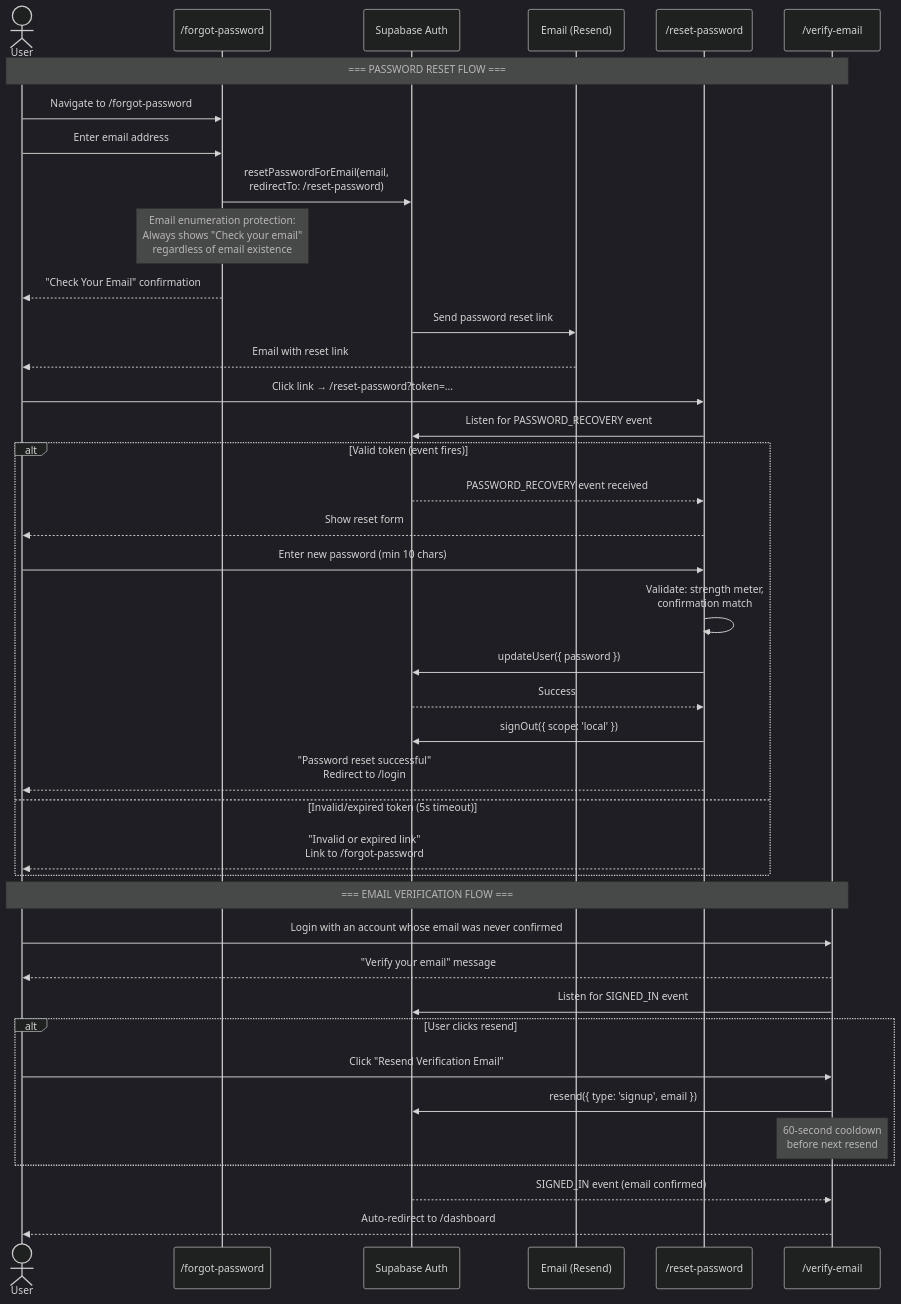
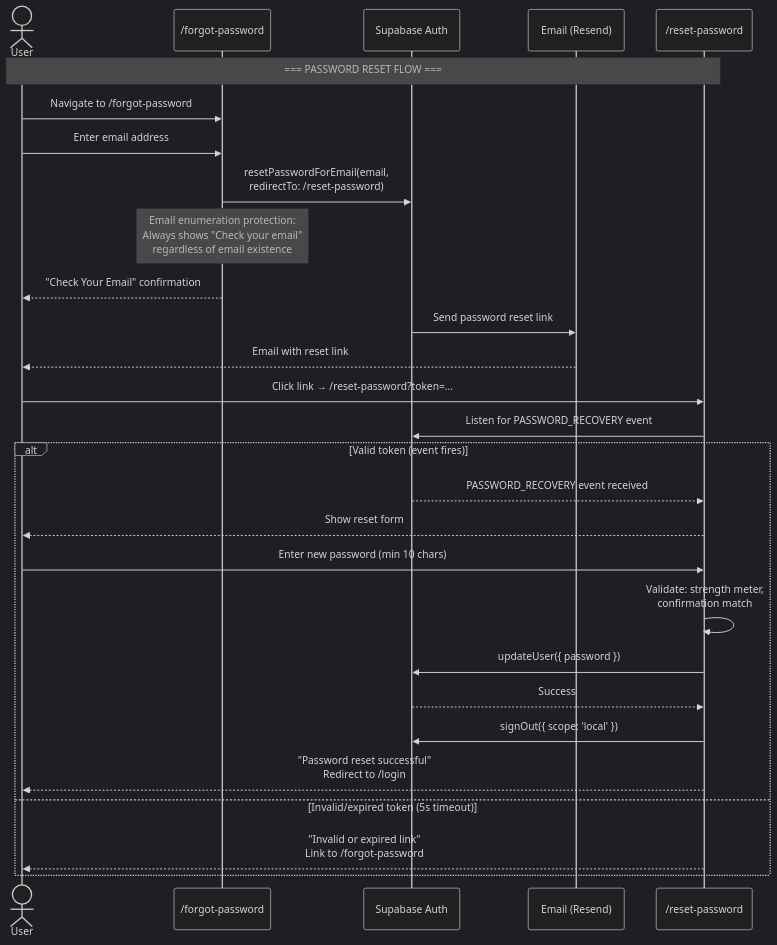
The diagram in internal/authentication.md (nickosmas/dub-grid), drawn with Mermaid (dark theme) before and after one commit. The commit also changed other lines of this file and 45 other files, not shown here.

First line of the commit message:
feat(email): one email address in copy; remove the confirmation email and /verify-email

````diff
--- a/internal/authentication.md
+++ b/internal/authentication.md
@@ -180,52 +180,36 @@
 ```mermaid
 sequenceDiagram
     actor User
     participant ForgotPage as /forgot-password
     participant SupaAuth as Supabase Auth
     participant Email as Email (Resend)
     participant ResetPage as /reset-password
-    participant VerifyPage as /verify-email
 
-    Note over User,VerifyPage: === PASSWORD RESET FLOW ===
+    Note over User,ResetPage: === PASSWORD RESET FLOW ===
 
     User->>ForgotPage: Navigate to /forgot-password
     User->>ForgotPage: Enter email address
     ForgotPage->>SupaAuth: resetPasswordForEmail(email,<br/>redirectTo: /reset-password)
 
     Note over ForgotPage: Email enumeration protection:<br/>Always shows "Check your email"<br/>regardless of email existence
 
     ForgotPage-->>User: "Check Your Email" confirmation
     SupaAuth->>Email: Send password reset link
     Email-->>User: Email with reset link
 
     User->>ResetPage: Click link → /reset-password?token=...
     ResetPage->>SupaAuth: Listen for PASSWORD_RECOVERY event
 
     alt Valid token (event fires)
         SupaAuth-->>ResetPage: PASSWORD_RECOVERY event received
         ResetPage-->>User: Show reset form
         User->>ResetPage: Enter new password (min 10 chars)
         ResetPage->>ResetPage: Validate: strength meter,<br/>confirmation match
         ResetPage->>SupaAuth: updateUser({ password })
         SupaAuth-->>ResetPage: Success
         ResetPage->>SupaAuth: signOut({ scope: 'local' })
         ResetPage-->>User: "Password reset successful"<br/>Redirect to /login
     else Invalid/expired token (5s timeout)
         ResetPage-->>User: "Invalid or expired link"<br/>Link to /forgot-password
     end
-
-    Note over User,VerifyPage: === EMAIL VERIFICATION FLOW ===
-
-    User->>VerifyPage: Login with an account whose email was never confirmed
-    VerifyPage-->>User: "Verify your email" message
-    VerifyPage->>SupaAuth: Listen for SIGNED_IN event
-
-    alt User clicks resend
-        User->>VerifyPage: Click "Resend Verification Email"
-        VerifyPage->>SupaAuth: resend({ type: 'signup', email })
-        Note over VerifyPage: 60-second cooldown<br/>before next resend
-    end
-
-    SupaAuth-->>VerifyPage: SIGNED_IN event (email confirmed)
-    VerifyPage-->>User: Auto-redirect to /dashboard
 ```
````
